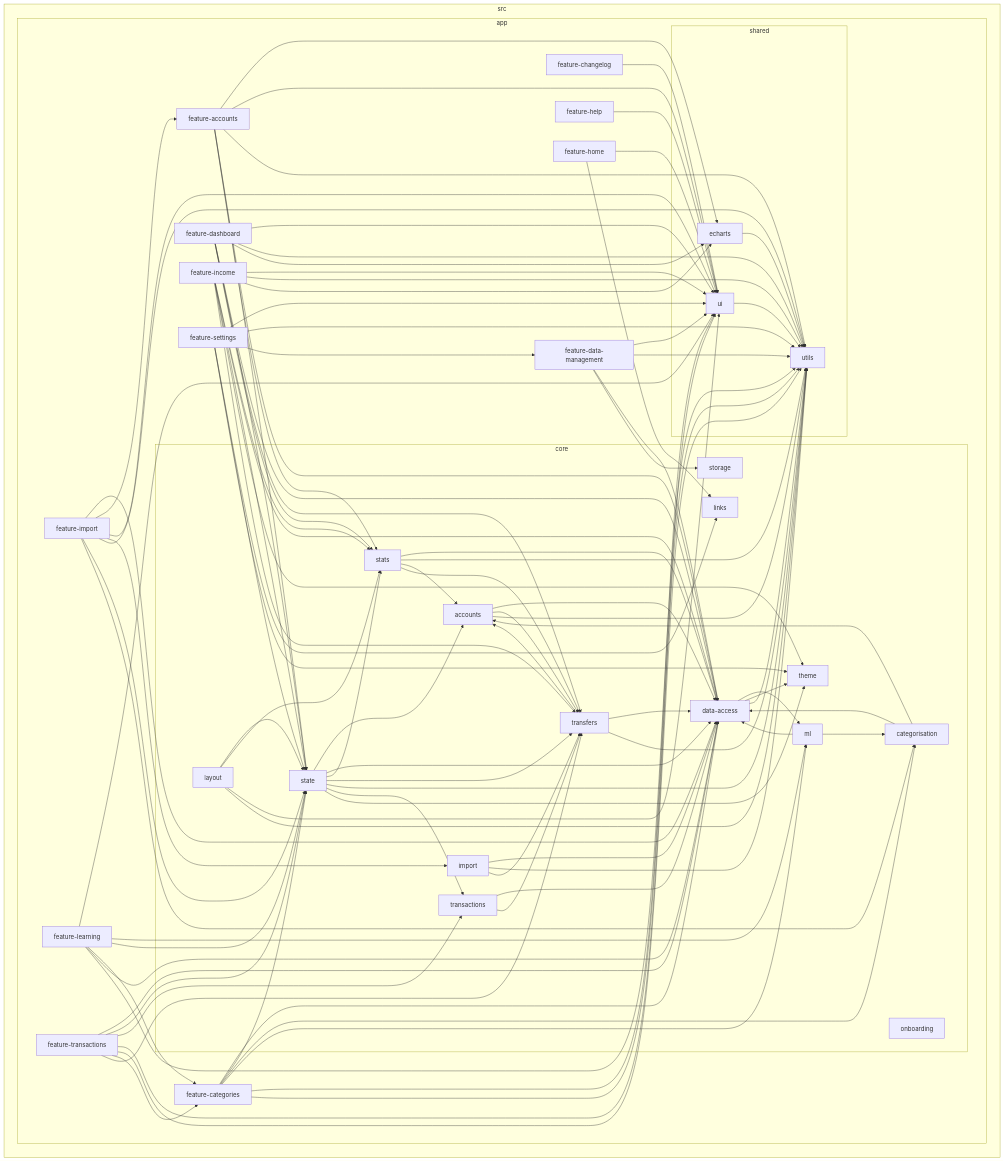
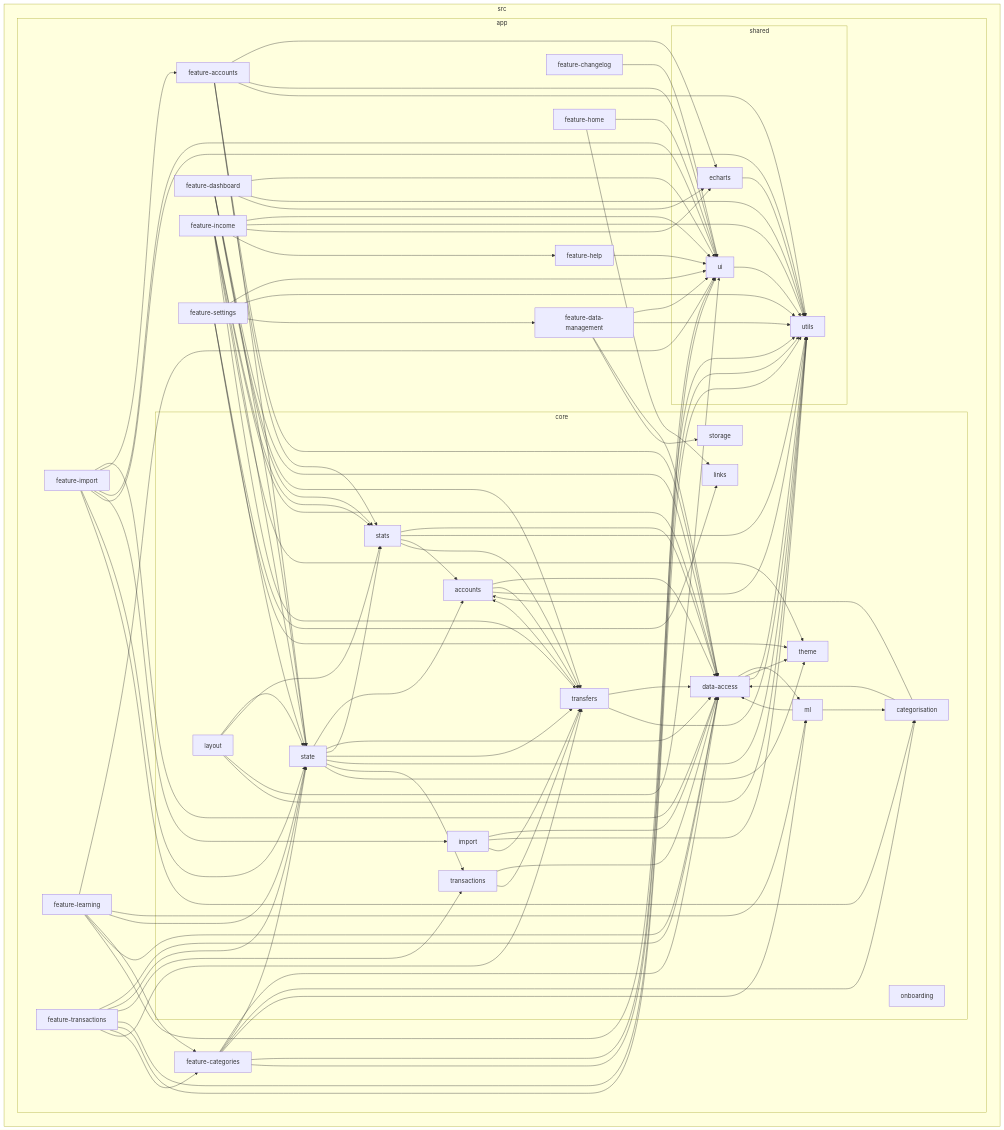
One commit to kevhauma/money-mosaic-v2 changed the diagram in reports/dependency-graph.mmd. Above: the diagram before and after it, drawn with Mermaid. The commit also changed 29 other files, not shown here.

```diff
--- a/reports/dependency-graph.mmd
+++ b/reports/dependency-graph.mmd
@@ -1,135 +1,136 @@
 flowchart LR
 
 subgraph 0["src"]
 subgraph 1["app"]
 subgraph 2["core"]
 3["accounts"]
 4["categorisation"]
 5["data-access"]
 6["import"]
 7["layout"]
 8["links"]
 9["ml"]
 A["onboarding"]
 B["state"]
 C["stats"]
 D["storage"]
 E["theme"]
 F["transactions"]
 G["transfers"]
 end
 H["feature-accounts"]
 I["feature-categories"]
 J["feature-changelog"]
 K["feature-dashboard"]
 L["feature-data-management"]
 M["feature-help"]
 N["feature-home"]
 O["feature-import"]
 P["feature-income"]
 Q["feature-learning"]
 R["feature-settings"]
 S["feature-transactions"]
 subgraph T["shared"]
 U["echarts"]
 V["ui"]
 W["utils"]
 end
 end
 end
 3-->5
 3-->G
 3-->W
 4-->5
 4-->3
 5-->9
 5-->E
 5-->W
 6-->5
 6-->W
 6-->G
 7-->B
 7-->C
 7-->V
 7-->W
 9-->4
 9-->5
 B-->3
 B-->5
 B-->C
 B-->G
 B-->W
 B-->F
 B-->E
 C-->5
 C-->W
 C-->3
 C-->G
 F-->5
 F-->G
 G-->5
 G-->3
 G-->W
 H-->5
 H-->U
 H-->B
 H-->V
 H-->W
 H-->C
 I-->5
 I-->B
 I-->V
 I-->W
 I-->4
 I-->9
 J-->V
 K-->5
 K-->B
 K-->V
 K-->W
 K-->G
 K-->C
 K-->U
 L-->5
 L-->D
 L-->V
 L-->W
 M-->V
 N-->8
 N-->V
 O-->5
 O-->H
 O-->V
 O-->6
 O-->W
 O-->B
 O-->4
 P-->C
 P-->V
 P-->W
 P-->5
 P-->B
 P-->E
 P-->G
 P-->U
+P-->M
 Q-->V
 Q-->9
 Q-->B
 Q-->I
 Q-->5
 Q-->W
 R-->V
 R-->8
 R-->B
 R-->W
 R-->L
 R-->E
 S-->5
 S-->B
 S-->F
 S-->V
 S-->W
 S-->I
 S-->G
 U-->W
 V-->W
```
